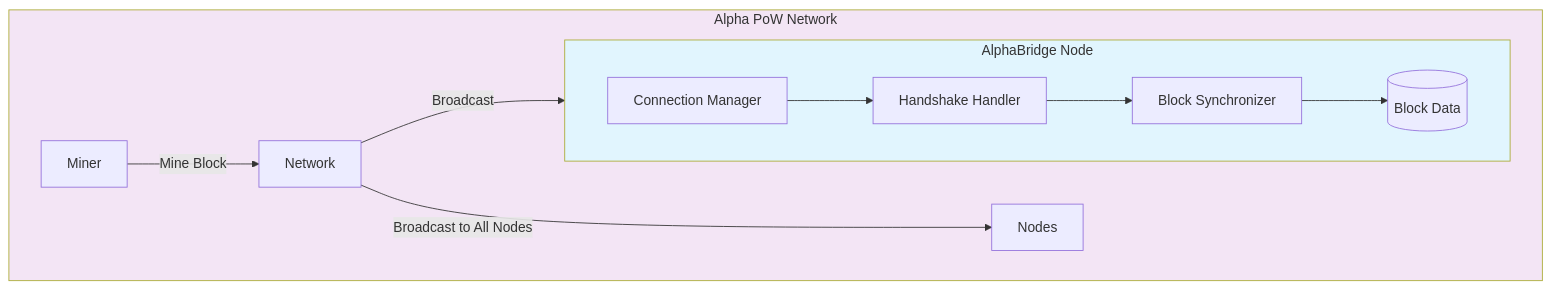
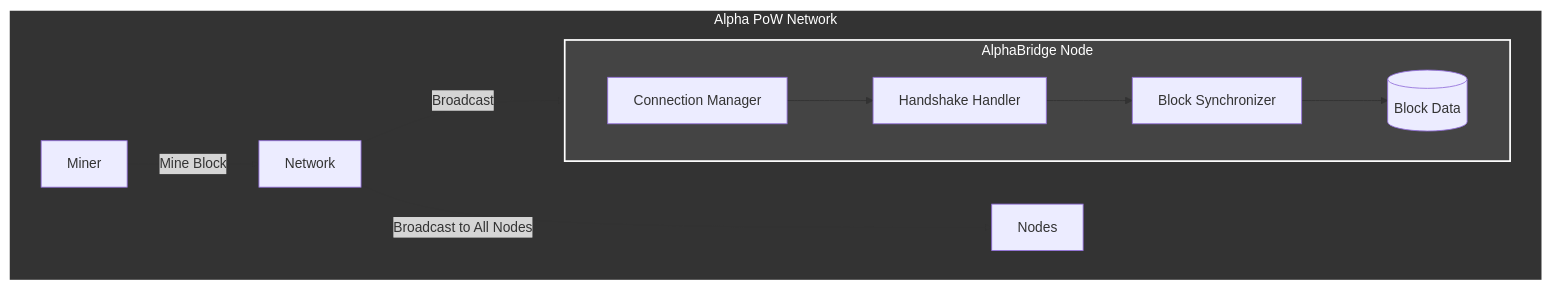
One commit to unicitynetwork/unicity-prism changed the second of 4 diagrams in crates/alphabridge/README.md. Above: the diagram before and after it, drawn with Mermaid. The commit also changed other lines of this file, not shown here.

Commit message:
doc(alphabridge): improve colors of mermaid

````diff
--- a/crates/alphabridge/README.md
+++ b/crates/alphabridge/README.md
@@ -78,17 +78,17 @@
 ```mermaid
 graph TB
     subgraph AlphaNetwork[Alpha PoW Network]
         Miner -->|Mine Block| Network
         Network -->|Broadcast to All Nodes| Nodes
         Network -->|Broadcast| AlphaBridge
     end
 
     subgraph AlphaBridge[AlphaBridge Node]
         Connection[Connection Manager] --> Handshake[Handshake Handler]
         Handshake --> Synchronizer[Block Synchronizer]
         Synchronizer --> Database[(Block Data)]
     end
 
-    style AlphaNetwork fill: #f3e5f5
-    style AlphaBridge fill: #e1f5fe
+    style AlphaNetwork fill: #333333,stroke:#ffffff,stroke-width:2px,color:#ffffff
+    style AlphaBridge fill: #444444,stroke:#ffffff,stroke-width:2px,color:#ffffff
 ```
````
